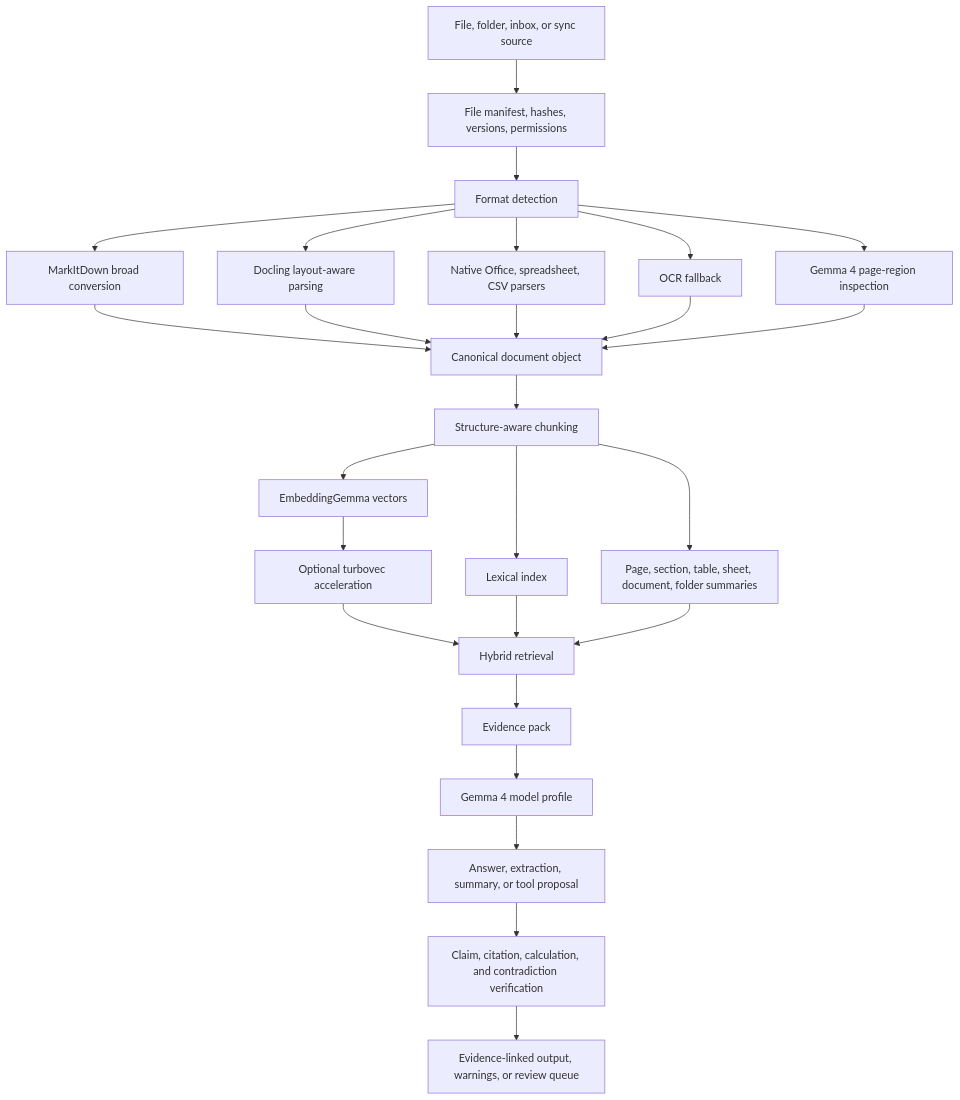
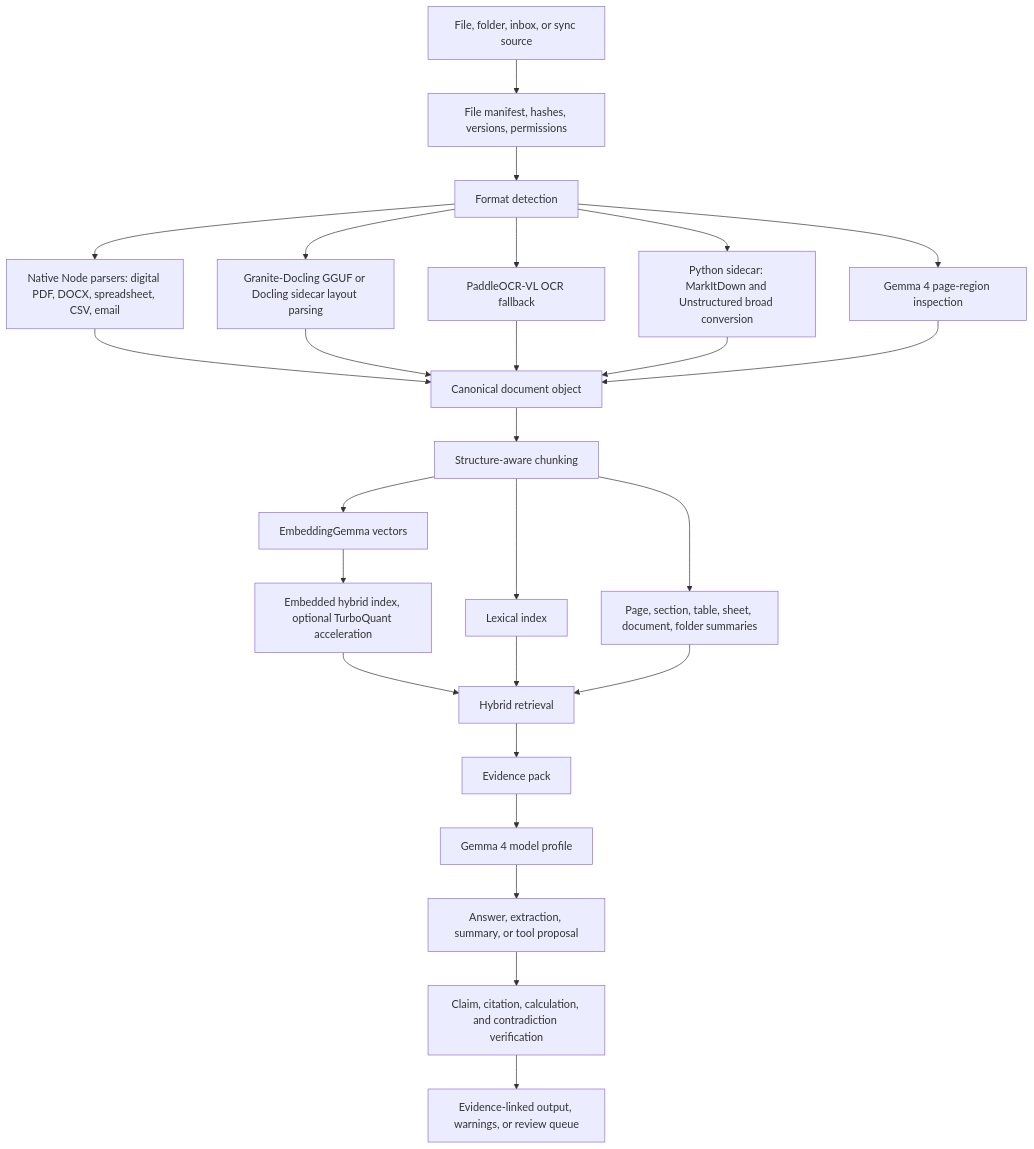
The diagram in docs/diagrams/document-pipeline.md (alex-alecu/vault-desk), drawn with Mermaid before and after one commit. The commit also changed other lines of this file and 17 other files, not shown here.

````diff
--- a/docs/diagrams/document-pipeline.md
+++ b/docs/diagrams/document-pipeline.md
@@ -5,30 +5,30 @@
 ```mermaid
 flowchart TD
     Input["File, folder, inbox, or sync source"] --> Manifest["File manifest, hashes, versions, permissions"]
     Manifest --> Detect["Format detection"]
-    Detect --> MarkItDown["MarkItDown broad conversion"]
-    Detect --> Docling["Docling layout-aware parsing"]
-    Detect --> Native["Native Office, spreadsheet, CSV parsers"]
-    Detect --> OCR["OCR fallback"]
+    Detect --> Native["Native Node parsers: digital PDF, DOCX, spreadsheet, CSV, email"]
+    Detect --> Layout["Granite-Docling GGUF or Docling sidecar layout parsing"]
+    Detect --> OCR["PaddleOCR-VL OCR fallback"]
+    Detect --> Sidecar["Python sidecar: MarkItDown and Unstructured broad conversion"]
     Detect --> Multimodal["Gemma 4 page-region inspection"]
 
-    MarkItDown --> Canonical["Canonical document object"]
-    Docling --> Canonical
-    Native --> Canonical
+    Native --> Canonical["Canonical document object"]
+    Layout --> Canonical
     OCR --> Canonical
+    Sidecar --> Canonical
     Multimodal --> Canonical
 
     Canonical --> Chunk["Structure-aware chunking"]
     Chunk --> Summary["Page, section, table, sheet, document, folder summaries"]
     Chunk --> Dense["EmbeddingGemma vectors"]
     Chunk --> Lexical["Lexical index"]
-    Dense --> Turbo["Optional turbovec acceleration"]
-    Turbo --> Retrieve["Hybrid retrieval"]
+    Dense --> Hybrid["Embedded hybrid index, optional TurboQuant acceleration"]
+    Hybrid --> Retrieve["Hybrid retrieval"]
     Lexical --> Retrieve
     Summary --> Retrieve
     Retrieve --> Evidence["Evidence pack"]
     Evidence --> Model["Gemma 4 model profile"]
     Model --> Claims["Answer, extraction, summary, or tool proposal"]
     Claims --> Verify["Claim, citation, calculation, and contradiction verification"]
     Verify --> Output["Evidence-linked output, warnings, or review queue"]
 ```
````
